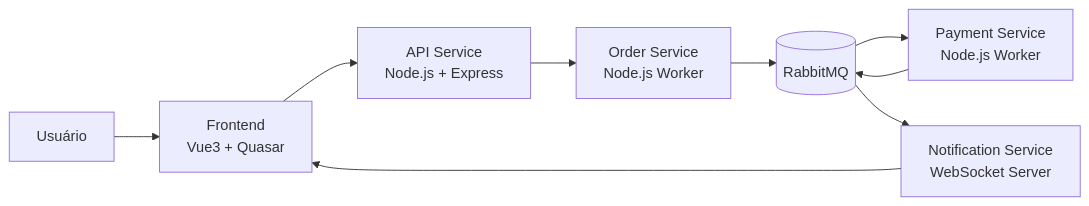
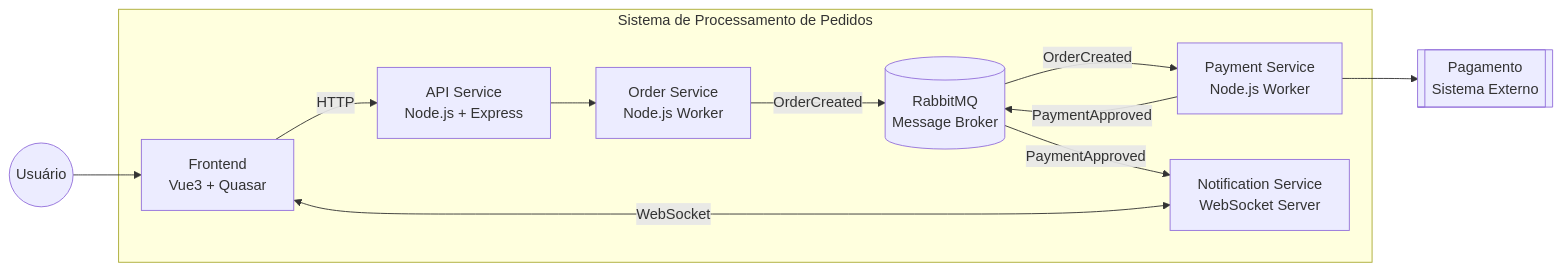
Before and after one commit to victorgianvechio/microservices-demo: the diagram in docs/architecture/c4-container.md, drawn with Mermaid. The commit also changed 11 other files, not shown here.

````diff
--- a/docs/architecture/c4-container.md
+++ b/docs/architecture/c4-container.md
@@ -5,31 +5,39 @@
 ```mermaid
 flowchart LR
 
-User[Usuário]
+User((Usuário))
+
+PaymentExt[[Pagamento<br>Sistema Externo]]
+
+subgraph Sistema de Processamento de Pedidos
 
 Frontend[Frontend<br>Vue3 + Quasar]
 
 APISvc[API Service<br>Node.js + Express]
 
 OrderSvc[Order Service<br>Node.js Worker]
 
+Rabbit[(RabbitMQ<br>Message Broker)]
+
 PaymentSvc[Payment Service<br>Node.js Worker]
 
 NotificationSvc[Notification Service<br>WebSocket Server]
 
-Rabbit[(RabbitMQ)]
+end
 
 User --> Frontend
 
-Frontend --> APISvc
+Frontend -->|HTTP| APISvc
 
 APISvc --> OrderSvc
 
-OrderSvc --> Rabbit
-PaymentSvc --> Rabbit
+OrderSvc -->|OrderCreated| Rabbit
+PaymentSvc -->|PaymentApproved| Rabbit
 
-Rabbit --> PaymentSvc
-Rabbit --> NotificationSvc
+Rabbit -->|OrderCreated| PaymentSvc
+Rabbit -->|PaymentApproved| NotificationSvc
 
-NotificationSvc --> Frontend
+Frontend <-->|WebSocket| NotificationSvc
+
+PaymentSvc --> PaymentExt
 ```
````
